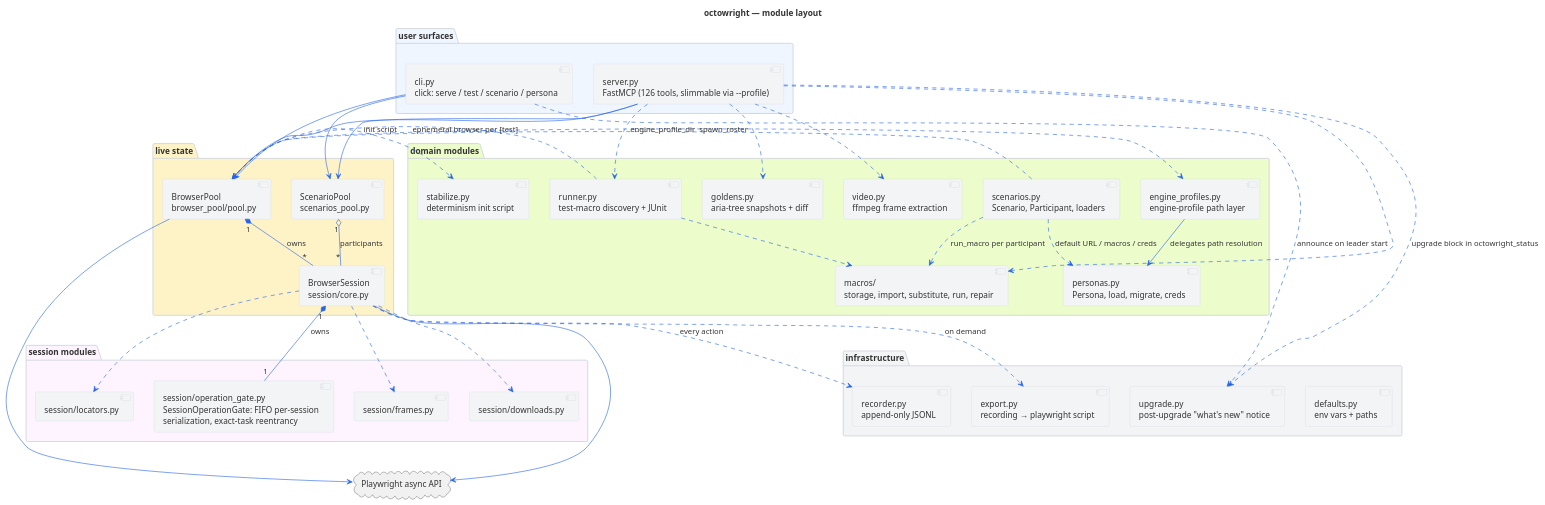
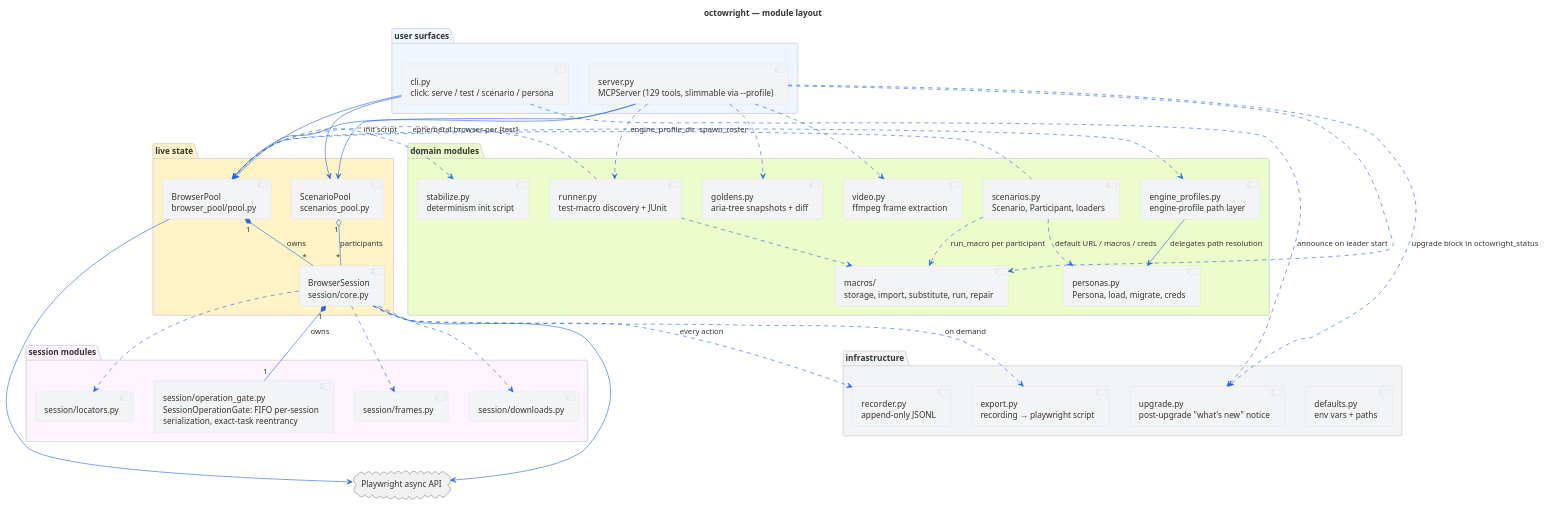
One commit to livingstaccato/octowright changed the diagram in docs/architecture/component.puml. Above: the diagram before and after it, drawn with PlantUML. The commit also changed 2 other files, not shown here.

First paragraph of the commit message:
docs: cover the GPU knob in the readme table, unstale the component diagram
Audit prompted by "have you updated all the docs" -- two gaps, both real.

```diff
--- a/docs/architecture/component.puml
+++ b/docs/architecture/component.puml
@@ -5,106 +5,106 @@
 @startuml component
 title octowright — module layout
 
 skinparam backgroundColor #ffffff
 skinparam defaultFontColor #333333
 skinparam componentBorderColor #d1d5db
 skinparam componentBackgroundColor #f3f4f6
 skinparam packageBorderColor #d1d5db
 skinparam packageBackgroundColor #ffffff
 skinparam arrowColor #2563eb
 skinparam noteBorderColor #d1d5db
 skinparam noteBackgroundColor #f9fafb
 
 ' Force top-to-bottom layering so user surfaces sit above live state
 ' above session modules above the Playwright SDK boundary. Without this,
 ' the Playwright cloud gets placed off to a side, forcing session→PW
 ' and pool→PW arrows to cross multiple layers.
 top to bottom direction
 
 package "user surfaces" #eff6ff {
-  [server.py\nFastMCP (126 tools, slimmable via --profile)] as SERVER
+  [server.py\nMCPServer (129 tools, slimmable via --profile)] as SERVER
   [cli.py\nclick: serve / test / scenario / persona] as CLI
 }
 
 package "live state" #fef3c7 {
   [BrowserPool\nbrowser_pool/pool.py] as POOL
   [BrowserSession\nsession/core.py] as SESSION
   [ScenarioPool\nscenarios_pool.py] as SPOOL
 }
 
 package "domain modules" #ecfccb {
   [personas.py\nPersona, load, migrate, creds] as PERSONAS
   [engine_profiles.py\nengine-profile path layer] as ENGPROF
   [scenarios.py\nScenario, Participant, loaders] as SCENARIOS
   [macros/\nstorage, import, substitute, run, repair] as MACROS
   [runner.py\ntest-macro discovery + JUnit] as RUNNER
   [goldens.py\naria-tree snapshots + diff] as GOLDENS
   [video.py\nffmpeg frame extraction] as VIDEO
   [stabilize.py\ndeterminism init script] as STABILIZE
 }
 
 package "session modules" #fdf4ff {
   [session/operation_gate.py\nSessionOperationGate: FIFO per-session\nserialization, exact-task reentrancy] as GATE
   [session/frames.py] as SF
   [session/downloads.py] as SD
   [session/locators.py] as SL
 }
 
 package "infrastructure" #f3f4f6 {
   [defaults.py\nenv vars + paths] as DEFAULTS
   [recorder.py\nappend-only JSONL] as RECORDER
   [export.py\nrecording → playwright script] as EXPORT
   [upgrade.py\npost-upgrade "what's new" notice] as UPGRADE
 }
 
 ' Playwright sits below everything that talks to it; only BrowserSession
 ' and BrowserPool drive it, so the arrows stay vertical and short.
 cloud "Playwright async API" as PW
 
 ' ── user surfaces drive live state ──
 CLI --> POOL
 CLI --> SPOOL
 SERVER --> POOL
 SERVER --> SPOOL
 
 ' ── live state composition ──
 POOL "1" *-- "*" SESSION : owns
 SPOOL "1" o-- "*" SESSION : participants
 SESSION "1" *-- "1" GATE : owns
 SESSION ..> SF
 SESSION ..> SD
 SESSION ..> SL
 
 ' ── domain dependencies ──
 POOL ..> ENGPROF : engine_profile_dir
 POOL ..> STABILIZE : init script
 SCENARIOS ..> PERSONAS : default URL / macros / creds
 SCENARIOS ..> MACROS : run_macro per participant
 SCENARIOS ..> POOL : spawn_roster
 RUNNER ..> MACROS
 RUNNER ..> POOL : ephemeral browser per [test]
 SERVER ..> RUNNER
 SERVER ..> GOLDENS
 SERVER ..> VIDEO
 SERVER ..> MACROS
 SERVER ..> UPGRADE : upgrade block in octowright_status
 CLI ..> UPGRADE : announce on leader start
 
 ' ── artifacts ──
 SESSION ..> RECORDER : every action
 SESSION ..> EXPORT : on demand
 ENGPROF --> PERSONAS : delegates path resolution
 
 ' ── playwright (kept vertical by top-to-bottom direction) ──
 SESSION --> PW
 POOL --> PW
 
 ' Anchor PW below session modules / infrastructure so the SESSION→PW
 ' and POOL→PW arrows stay short and vertical instead of crossing the
 ' whole diagram diagonally. Without these hints PlantUML places PW
 ' wherever Graphviz feels like, usually bottom-left.
 SF -[hidden]down-> PW
 SD -[hidden]down-> PW
 SL -[hidden]down-> PW
 
 @enduml
```
